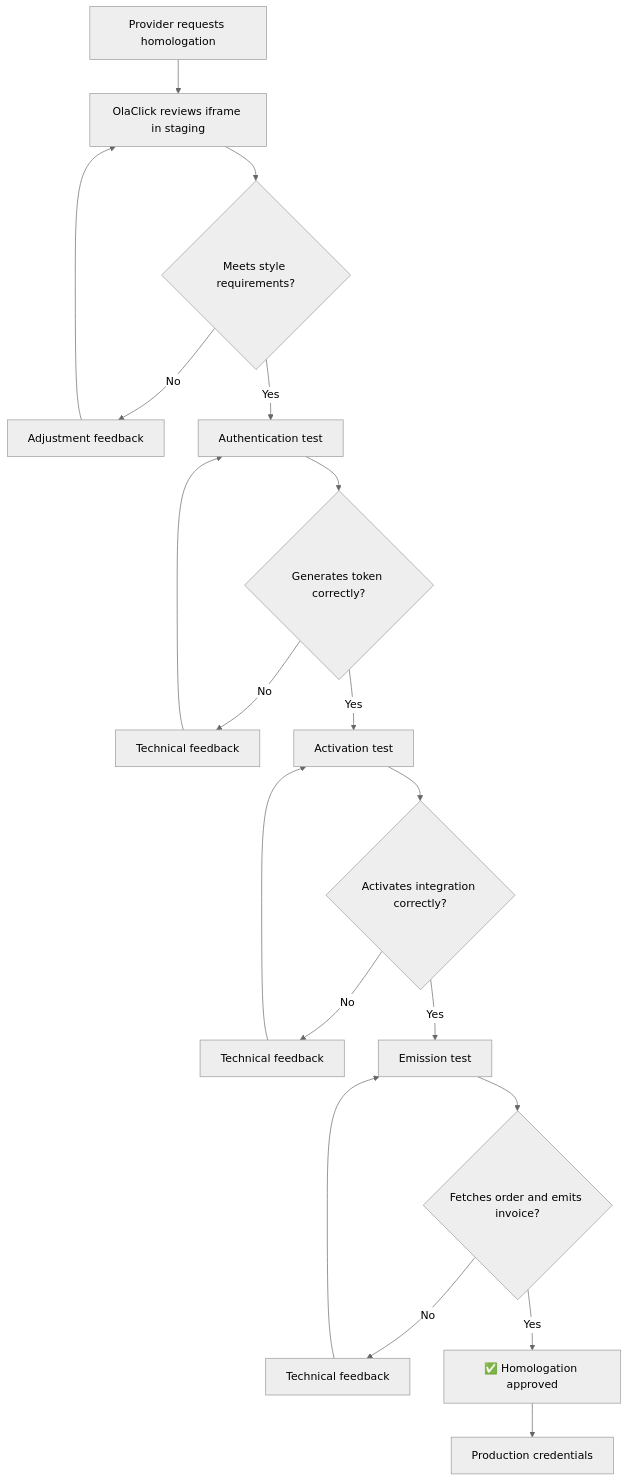
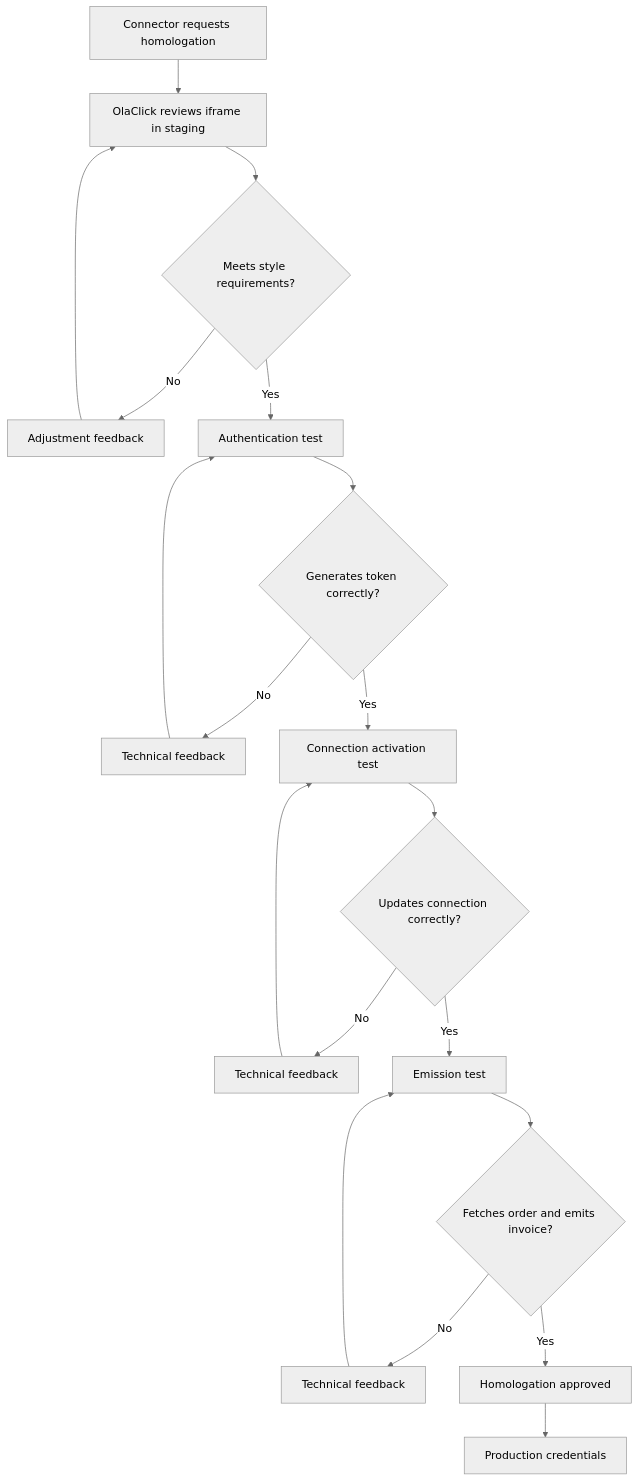
Before and after one commit to estefanno18/olaclick-partners-landing-page: the diagram in docs/modules/fiscal-notes/homologation.md, drawn with Mermaid (neutral theme). The commit also changed other lines of this file and 12 other files, not shown here.

Commit message:
docs: SI-444 rewrite portal with connector terminology and corrected flows

````diff
--- a/docs/modules/fiscal-notes/homologation.md
+++ b/docs/modules/fiscal-notes/homologation.md
@@ -69,21 +69,21 @@
 ```mermaid
 flowchart TD
-    A[Provider requests homologation] --> B[OlaClick reviews iframe in staging]
+    A[Connector requests homologation] --> B[OlaClick reviews iframe in staging]
     B --> C{Meets style requirements?}
     C -->|No| D[Adjustment feedback]
     D --> B
     C -->|Yes| E[Authentication test]
     E --> F{Generates token correctly?}
     F -->|No| G[Technical feedback]
     G --> E
-    F -->|Yes| H[Activation test]
-    H --> I{Activates integration correctly?}
+    F -->|Yes| H[Connection activation test]
+    H --> I{Updates connection correctly?}
     I -->|No| J[Technical feedback]
     J --> H
     I -->|Yes| K[Emission test]
     K --> L{Fetches order and emits invoice?}
     L -->|No| M[Technical feedback]
     M --> K
-    L -->|Yes| N[✅ Homologation approved]
+    L -->|Yes| N[Homologation approved]
     N --> O[Production credentials]
 ```
````
